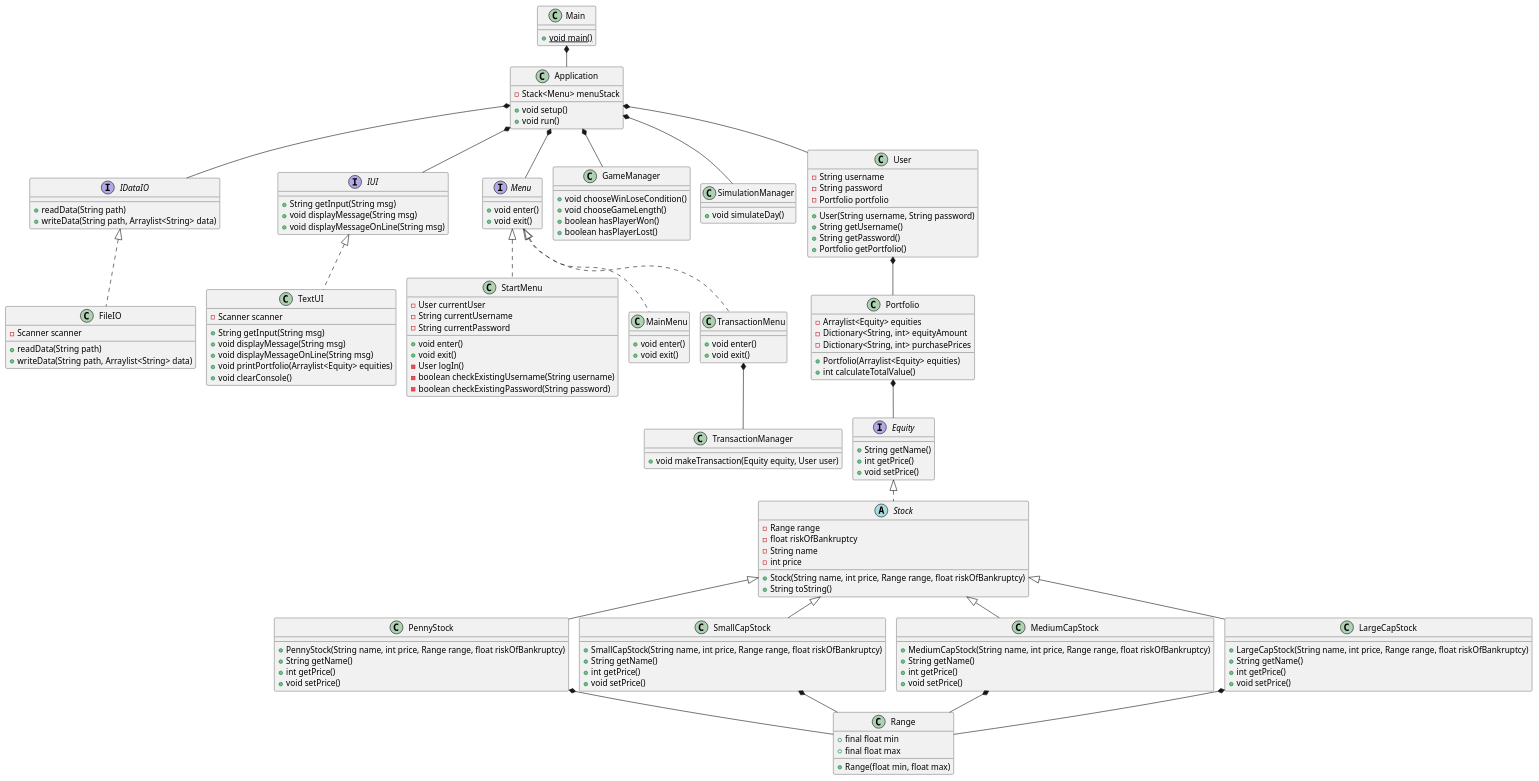
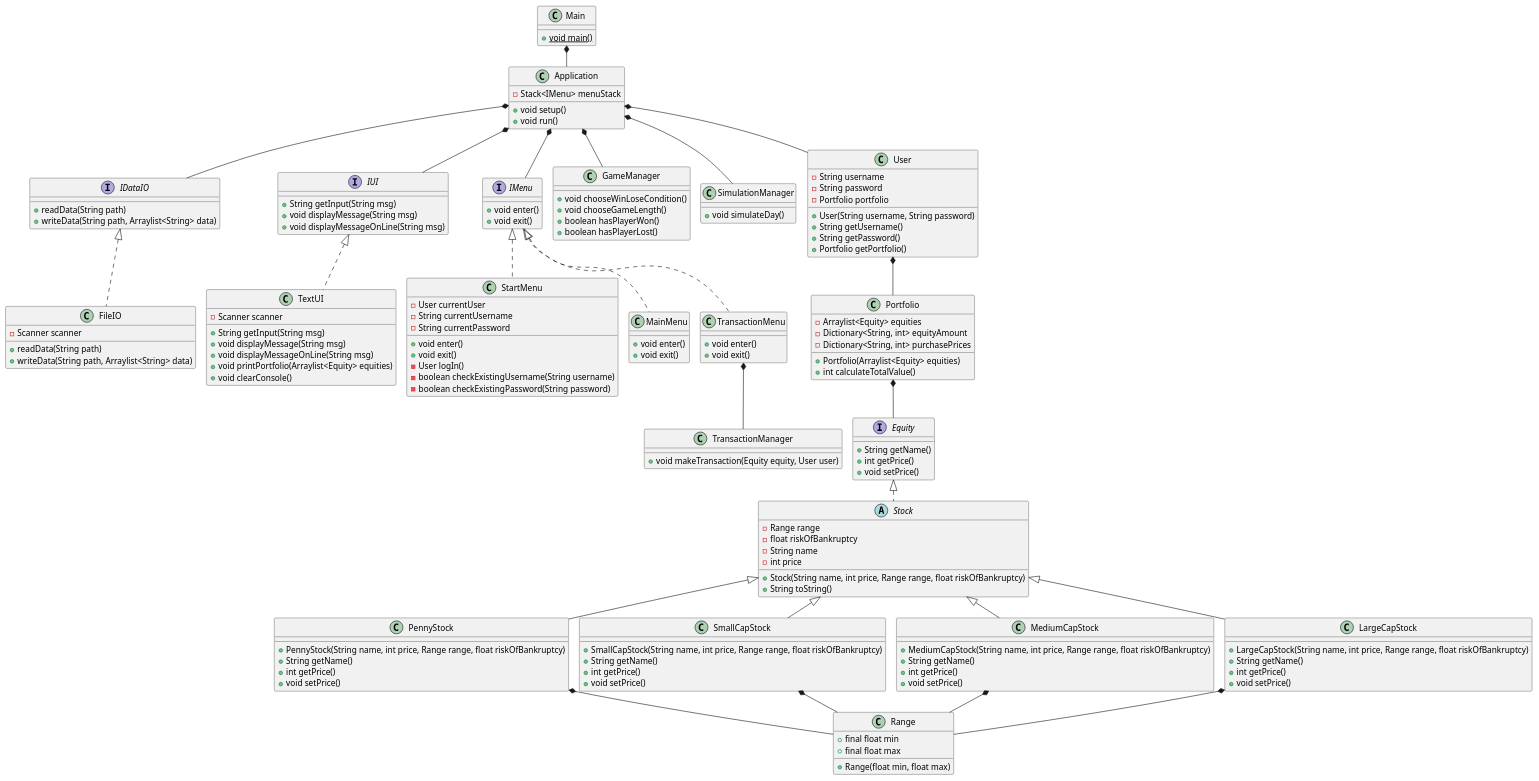
The diagram in Documentation/KlasseDiagram.puml (TobiasTheDanish/AktieSpil), drawn with PlantUML before and after one commit. The commit also changed 1 other file, not shown here.

```diff
--- a/Documentation/KlasseDiagram.puml
+++ b/Documentation/KlasseDiagram.puml
@@ -1,162 +1,162 @@
 @startuml
 !pragma layout smetana
 'https://plantuml.com/class-diagram
 class Main {
     + {static} void main()
 }
 
 class Application {
-    - Stack<Menu> menuStack
+    - Stack<IMenu> menuStack
     + void setup()
     + void run()
 }
 
 interface IDataIO {
     + readData(String path)
     + writeData(String path, Arraylist<String> data)
 }
 
 class FileIO implements IDataIO {
     - Scanner scanner
     + readData(String path)
     + writeData(String path, Arraylist<String> data)
 
 }
 
 interface IUI {
     + String getInput(String msg)
     + void displayMessage(String msg)
     + void displayMessageOnLine(String msg)
 }
 
 class TextUI implements IUI {
     - Scanner scanner
     + String getInput(String msg)
     + void displayMessage(String msg)
     + void displayMessageOnLine(String msg)
     + void printPortfolio(Arraylist<Equity> equities)
     + void clearConsole()
 }
 
-interface Menu {
+interface IMenu {
     + void enter()
     + void exit()
 }
 
-class StartMenu implements Menu {
+class StartMenu implements IMenu {
     - User currentUser
     - String currentUsername
     - String currentPassword
     + void enter()
     + void exit()
     - User logIn()
     - boolean checkExistingUsername(String username)
     - boolean checkExistingPassword(String password)
 }
 
-class MainMenu implements Menu {
+class MainMenu implements IMenu {
     + void enter()
     + void exit()
 }
 
-class TransactionMenu implements Menu {
+class TransactionMenu implements IMenu {
     + void enter()
     + void exit()
 }
 
 class TransactionManager {
     + void makeTransaction(Equity equity, User user)
 }
 
 class GameManager {
     + void chooseWinLoseCondition()
     + void chooseGameLength()
     + boolean hasPlayerWon()
     + boolean hasPlayerLost()
 }
 
 class SimulationManager {
     + void simulateDay()
 }
 
 class User {
     - String username
     - String password
     - Portfolio portfolio
     + User(String username, String password)
     + String getUsername()
     + String getPassword()
     + Portfolio getPortfolio()
 }
 
 class Portfolio {
     - Arraylist<Equity> equities
     - Dictionary<String, int> equityAmount
     - Dictionary<String, int> purchasePrices
     + Portfolio(Arraylist<Equity> equities)
     + int calculateTotalValue()
 }
 
 interface Equity {
     + String getName()
     + int getPrice()
     + void setPrice()
 }
 
 abstract class Stock implements Equity {
     - Range range
     - float riskOfBankruptcy
     - String name
     - int price
     + Stock(String name, int price, Range range, float riskOfBankruptcy)
     + String toString()
 }
 
 class PennyStock extends Stock {
     + PennyStock(String name, int price, Range range, float riskOfBankruptcy)
     + String getName()
     + int getPrice()
     + void setPrice()
 }
 class SmallCapStock extends Stock {
     + SmallCapStock(String name, int price, Range range, float riskOfBankruptcy)
     + String getName()
     + int getPrice()
     + void setPrice()
 }
 class MediumCapStock extends Stock {
     + MediumCapStock(String name, int price, Range range, float riskOfBankruptcy)
     + String getName()
     + int getPrice()
     + void setPrice()
 }
 class LargeCapStock extends Stock {
     + LargeCapStock(String name, int price, Range range, float riskOfBankruptcy)
     + String getName()
     + int getPrice()
     + void setPrice()
 }
 
 class Range {
     + final float min
     + final float max
     + Range(float min, float max)
 }
 
 Main *-- Application
-Application *-- Menu
+Application *-- IMenu
 Application *-- User
 Application *-- SimulationManager
 Application *-- GameManager
 Application *-- IUI
 Application *-- IDataIO
 
 TransactionMenu *-- TransactionManager
 
 User *-- Portfolio
 Portfolio *-- Equity
 PennyStock *-- Range
 SmallCapStock *-- Range
 MediumCapStock *-- Range
 LargeCapStock *-- Range
 @enduml
```
